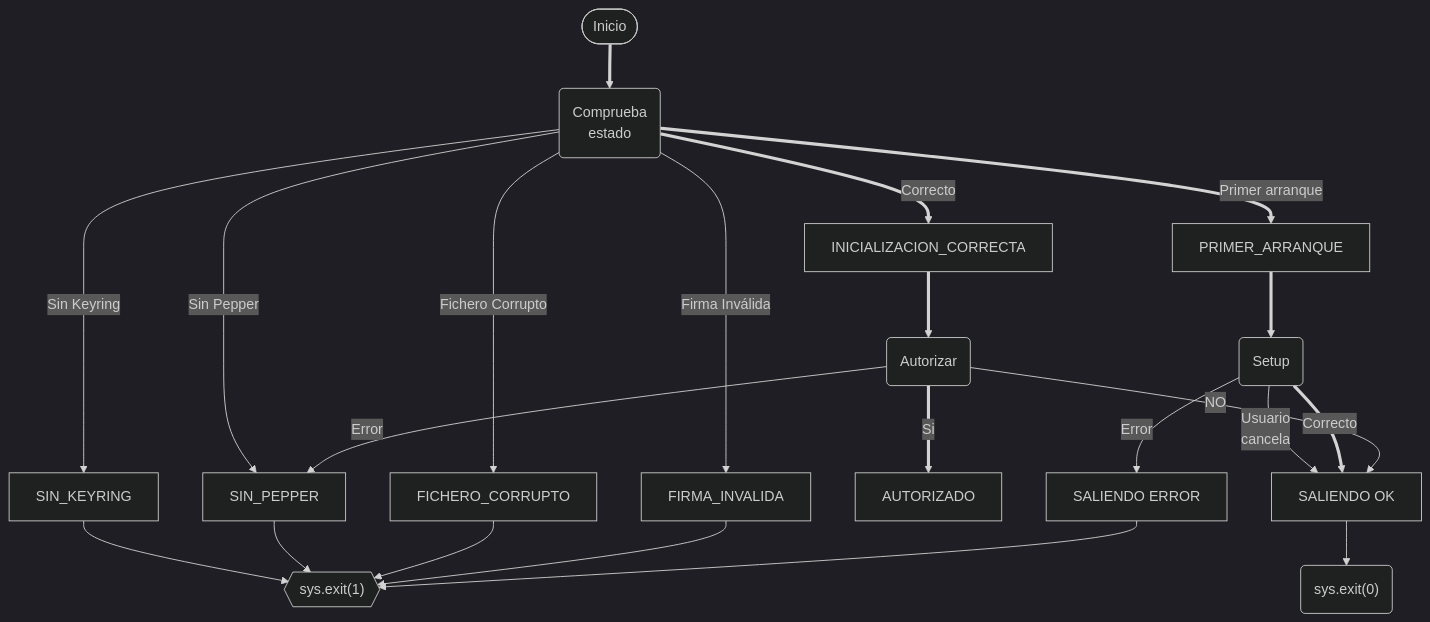
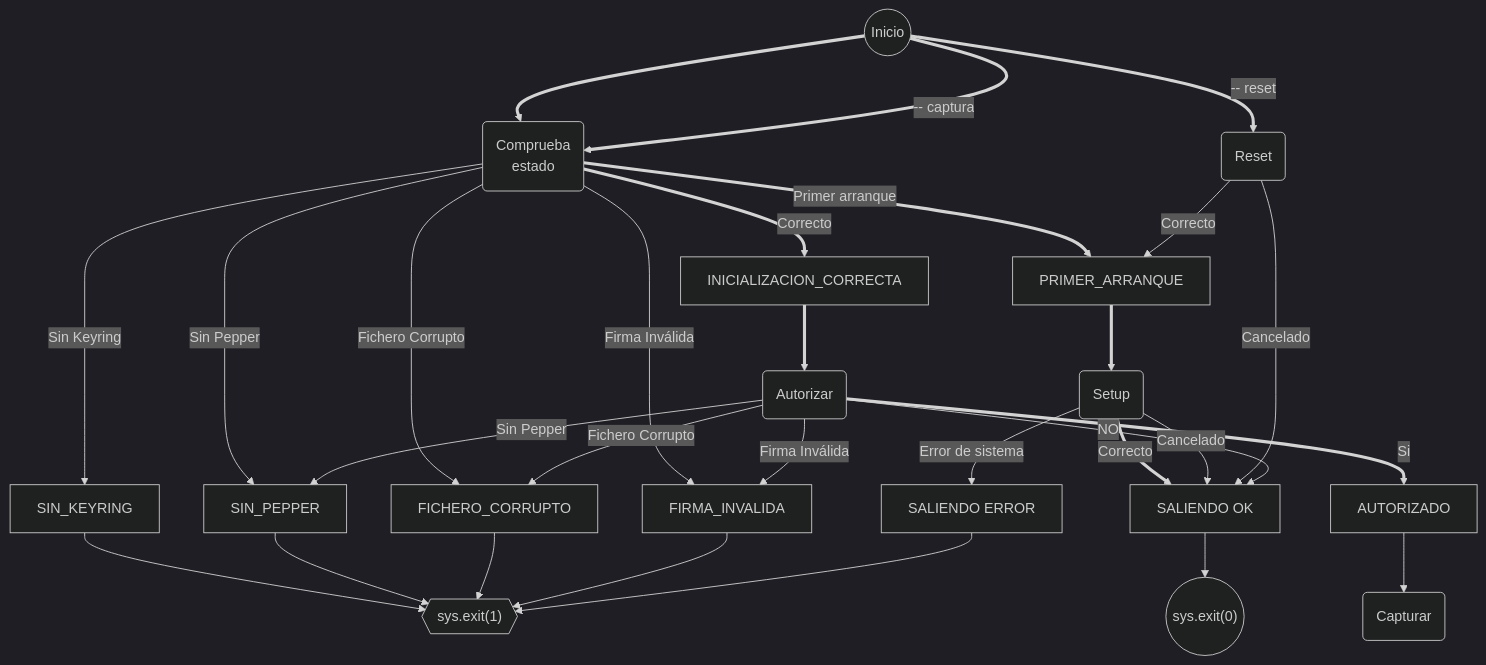
Before and after one commit to misanram/soyyo: the diagram in soyyo/doc/diagrama_de_estados.md, drawn with Mermaid (dark theme). The commit also changed 6 other files, not shown here.

````diff
--- a/soyyo/doc/diagrama_de_estados.md
+++ b/soyyo/doc/diagrama_de_estados.md
@@ -1,44 +1,56 @@
 ```mermaid
 flowchart TD
 %% Estados    
-    E0([Inicio])
+    E0((Inicio))
     E1[SIN_KEYRING]
     E2[PRIMER_ARRANQUE]
     E3[SIN_PEPPER]
     E4[FICHERO_CORRUPTO]
     E5[FIRMA_INVALIDA]
     E6[INICIALIZACION_CORRECTA]
     E7[AUTORIZADO]
     E8[SALIENDO OK]
     E9[SALIENDO ERROR]
 %% Acciones    
     A1(Comprueba\nestado)
     A2(Setup)
-    A3(Autorizar)
+    A3(Reset)
+    A4(Autorizar)
+    A5(Capturar)
 %% Finales    
-    Z0("sys.exit(0)")
+    Z0(("sys.exit(0)"))
     Z1{{"sys.exit(1)"}}
 %% Flujo de estados
     E0 ==> A1
+    E0 ==>|" -- captura "| A1
+    E0 ==>|" -- reset "| A3
     E2 ==> A2
-    E6 ==> A3
+    E6 ==> A4
+    E7 --> A5
+%%  E7 --> ??? 
     E8 --> Z0
     E1 & E3 & E4 & E5 & E9 --> Z1
 %% Resultados de acciones
 %% A1: Comprobar estado
     A1 -->|Sin Keyring| E1
     A1 ==>|Primer arranque| E2
     A1 -->|Sin Pepper| E3
     A1 -->|Fichero Corrupto| E4
     A1 -->|Firma Inválida| E5
     A1 ==>|Correcto| E6
 %% A2: Setup
-    A2 -->|Error| E9
-    A2 -->|Usuario\ncancela| E8
     A2 ==>|Correcto| E8
-%% A3 Autorizar    
-    A3 ==>|Si| E7
-    A3 -->|NO| E8
-    A3 -->|Error| E3
+    A2 -->|Cancelado| E8
+    A2 -->|Error de sistema| E9
+%% A3: Reset
+    A3 -->|Correcto| E2
+    A3 -->|Cancelado| E8
+%% A4: Autorizar
+    A4 -->|Sin Pepper| E3
+    A4 -->|Fichero Corrupto| E4
+    A4 -->|Firma Inválida| E5
+    A4 ==>|Si| E7
+    A4 -->|NO| E8
+%% A5: Capturar --captura     
 
 ```
````
